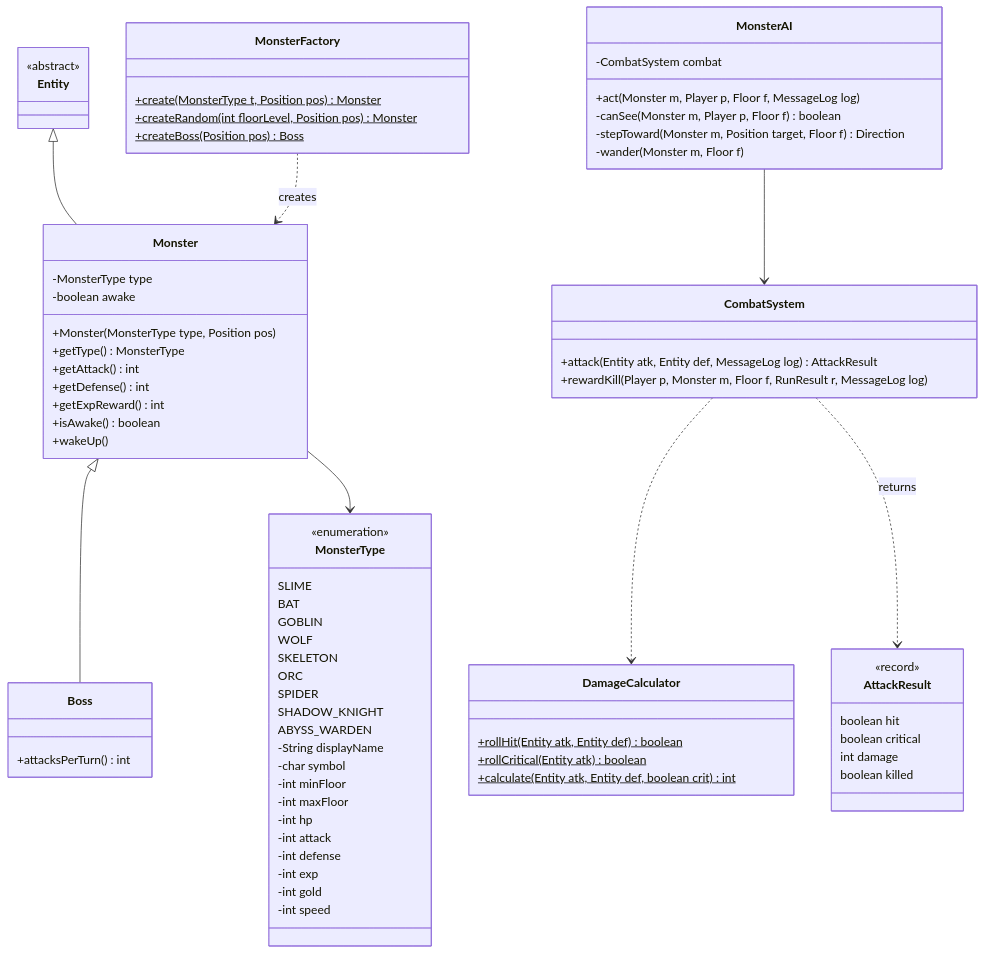
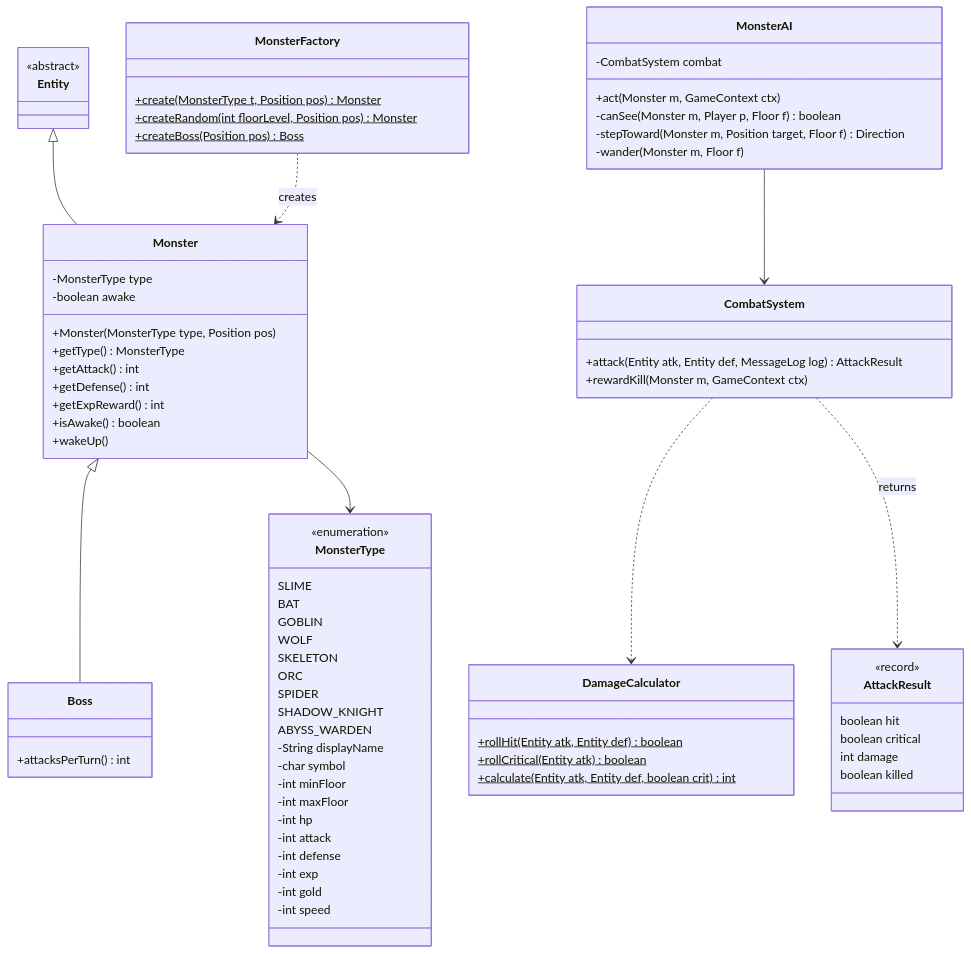
Before and after one commit to likelion-boot-camp-28th/side-project01-team01: the fourth of 9 diagrams in docs/Class-Diagram.md, drawn with Mermaid. The commit also changed other lines of this file and 5 other files, not shown here.

First line of the commit message:
refactor: GameContext 도입 및 전투 메서드 시그니처 변경

````diff
--- a/docs/Class-Diagram.md
+++ b/docs/Class-Diagram.md
@@ -341,78 +344,78 @@
 ```mermaid
 classDiagram
     class Entity {
         <<abstract>>
     }
     class Monster {
         -MonsterType type
         -boolean awake
         +Monster(MonsterType type, Position pos)
         +getType() MonsterType
         +getAttack() int
         +getDefense() int
         +getExpReward() int
         +isAwake() boolean
         +wakeUp()
     }
     class Boss {
         +attacksPerTurn() int
     }
     class MonsterType {
         <<enumeration>>
         SLIME
         BAT
         GOBLIN
         WOLF
         SKELETON
         ORC
         SPIDER
         SHADOW_KNIGHT
         ABYSS_WARDEN
         -String displayName
         -char symbol
         -int minFloor
         -int maxFloor
         -int hp
         -int attack
         -int defense
         -int exp
         -int gold
         -int speed
     }
     class MonsterFactory {
         +create(MonsterType t, Position pos)$ Monster
         +createRandom(int floorLevel, Position pos)$ Monster
         +createBoss(Position pos)$ Boss
     }
     class MonsterAI {
         -CombatSystem combat
-        +act(Monster m, Player p, Floor f, MessageLog log)
+        +act(Monster m, GameContext ctx)
         -canSee(Monster m, Player p, Floor f) boolean
         -stepToward(Monster m, Position target, Floor f) Direction
         -wander(Monster m, Floor f)
     }
     class CombatSystem {
         +attack(Entity atk, Entity def, MessageLog log) AttackResult
-        +rewardKill(Player p, Monster m, Floor f, RunResult r, MessageLog log)
+        +rewardKill(Monster m, GameContext ctx)
     }
     class DamageCalculator {
         +rollHit(Entity atk, Entity def)$ boolean
         +rollCritical(Entity atk)$ boolean
         +calculate(Entity atk, Entity def, boolean crit)$ int
     }
     class AttackResult {
         <<record>>
         boolean hit
         boolean critical
         int damage
         boolean killed
     }
 
     Entity <|-- Monster
     Monster <|-- Boss
     Monster --> MonsterType
     MonsterFactory ..> Monster : creates
     MonsterAI --> CombatSystem
     CombatSystem ..> DamageCalculator
     CombatSystem ..> AttackResult : returns
 ```
````
